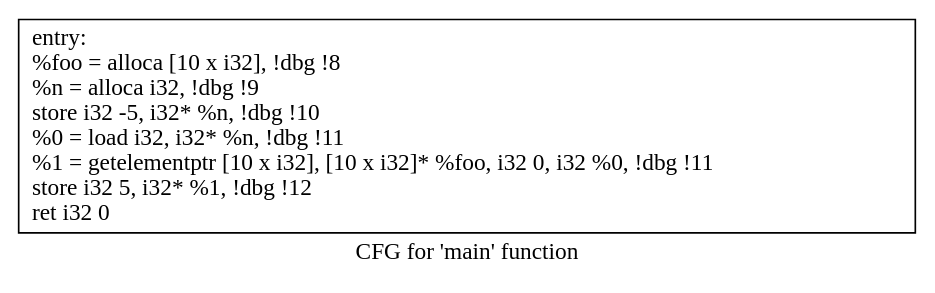
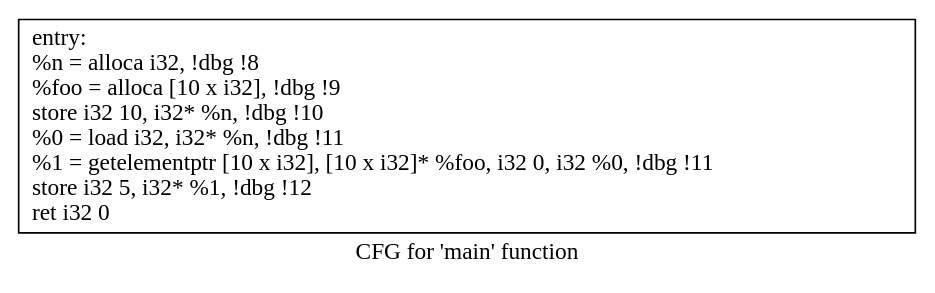
Before and after one commit to Lentosy/Master-Informatica: the diagram in Semester II/Compilers/Labo/4. Intermediate Representation/ir_files/cfg.main.dot, drawn with Graphviz. The commit also changed 12 other files, not shown here.

```diff
--- a/Semester II/Compilers/Labo/4. Intermediate Representation/ir_files/cfg.main.dot
+++ b/Semester II/Compilers/Labo/4. Intermediate Representation/ir_files/cfg.main.dot
@@ -1,5 +1,5 @@
 digraph "CFG for 'main' function" {
 	label="CFG for 'main' function";
 
-	Node0x55f1aef73a60 [shape=record,label="{entry:\l  %foo = alloca [10 x i32], !dbg !8\l  %n = alloca i32, !dbg !9\l  store i32 -5, i32* %n, !dbg !10\l  %0 = load i32, i32* %n, !dbg !11\l  %1 = getelementptr [10 x i32], [10 x i32]* %foo, i32 0, i32 %0, !dbg !11\l  store i32 5, i32* %1, !dbg !12\l  ret i32 0\l}"];
+	Node0x55fcc3226a60 [shape=record,label="{entry:\l  %n = alloca i32, !dbg !8\l  %foo = alloca [10 x i32], !dbg !9\l  store i32 10, i32* %n, !dbg !10\l  %0 = load i32, i32* %n, !dbg !11\l  %1 = getelementptr [10 x i32], [10 x i32]* %foo, i32 0, i32 %0, !dbg !11\l  store i32 5, i32* %1, !dbg !12\l  ret i32 0\l}"];
 }
```
